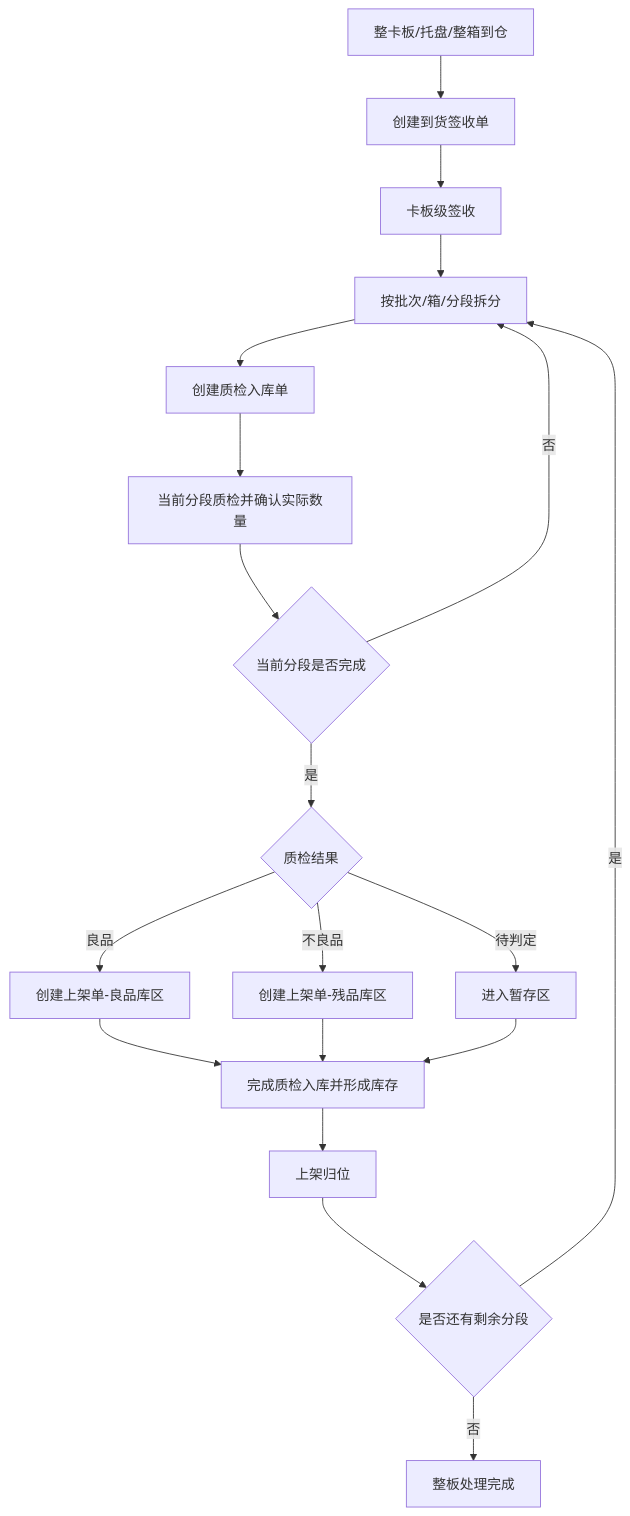
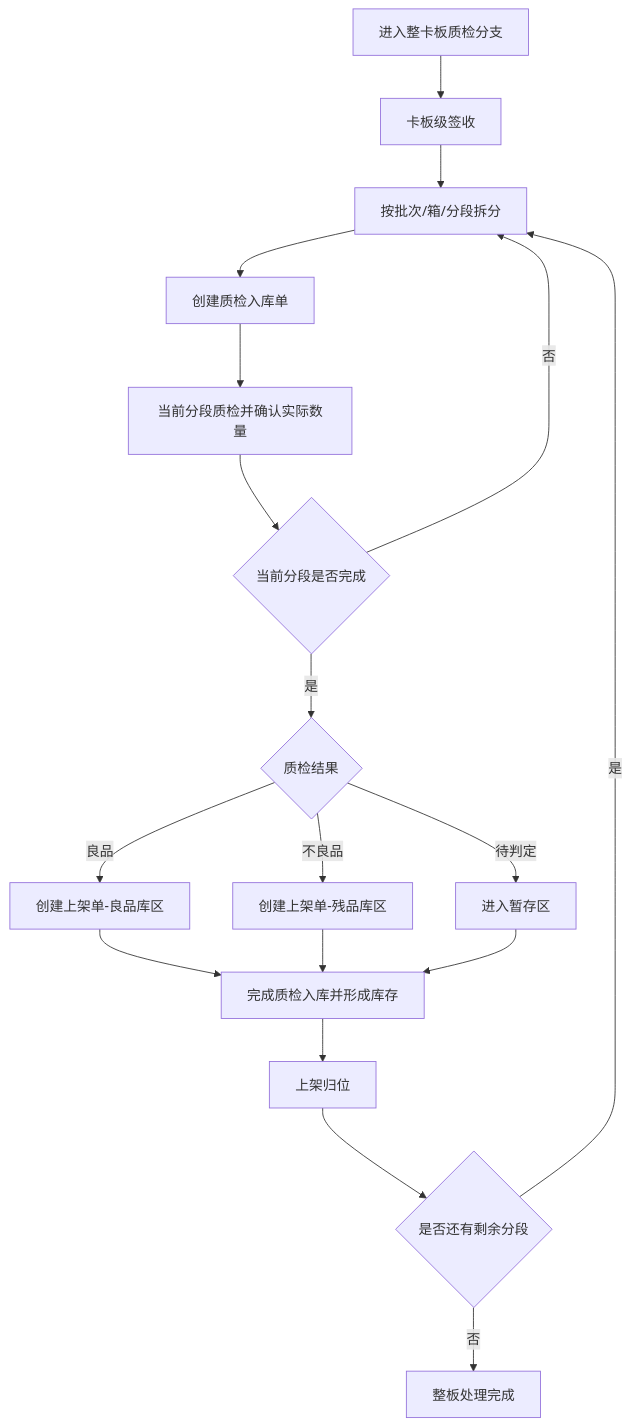
Before and after one commit to ChenXiang1988/Supply-Chain-Knowledge-Repository-: the third of 4 diagrams in example/xzy/03Warehouse Management System/00Requirements/After-sales Receipt Requirements.md, drawn with Mermaid. The commit also changed other lines of this file and 73 other files, not shown here.

````diff
--- a/example/xzy/03Warehouse Management System/00Requirements/After-sales Receipt Requirements.md
+++ b/example/xzy/03Warehouse Management System/00Requirements/After-sales Receipt Requirements.md
@@ -218,21 +248,20 @@
 ```mermaid
 flowchart TD
-    A[整卡板/托盘/整箱到仓] --> B[创建到货签收单]
-    B --> C[卡板级签收]
-    C --> D[按批次/箱/分段拆分]
-    D --> E[创建质检入库单]
-    E --> F[当前分段质检并确认实际数量]
-    F --> G{当前分段是否完成}
-    G -- 否 --> D
-    G -- 是 --> H{质检结果}
-    H -- 良品 --> I[创建上架单-良品库区]
-    H -- 不良品 --> J[创建上架单-残品库区]
-    H -- 待判定 --> K[进入暂存区]
-    I --> L[完成质检入库并形成库存]
-    J --> L
-    K --> L
-    L --> M[上架归位]
-    M --> N{是否还有剩余分段}
-    N -- 是 --> D
-    N -- 否 --> O[整板处理完成]
+    A[进入整卡板质检分支] --> B[卡板级签收]
+    B --> C[按批次/箱/分段拆分]
+    C --> D[创建质检入库单]
+    D --> E[当前分段质检并确认实际数量]
+    E --> F{当前分段是否完成}
+    F -- 否 --> C
+    F -- 是 --> G{质检结果}
+    G -- 良品 --> H[创建上架单-良品库区]
+    G -- 不良品 --> I[创建上架单-残品库区]
+    G -- 待判定 --> J[进入暂存区]
+    H --> K[完成质检入库并形成库存]
+    I --> K
+    J --> K
+    K --> L[上架归位]
+    L --> M{是否还有剩余分段}
+    M -- 是 --> C
+    M -- 否 --> N[整板处理完成]
 ```
````
